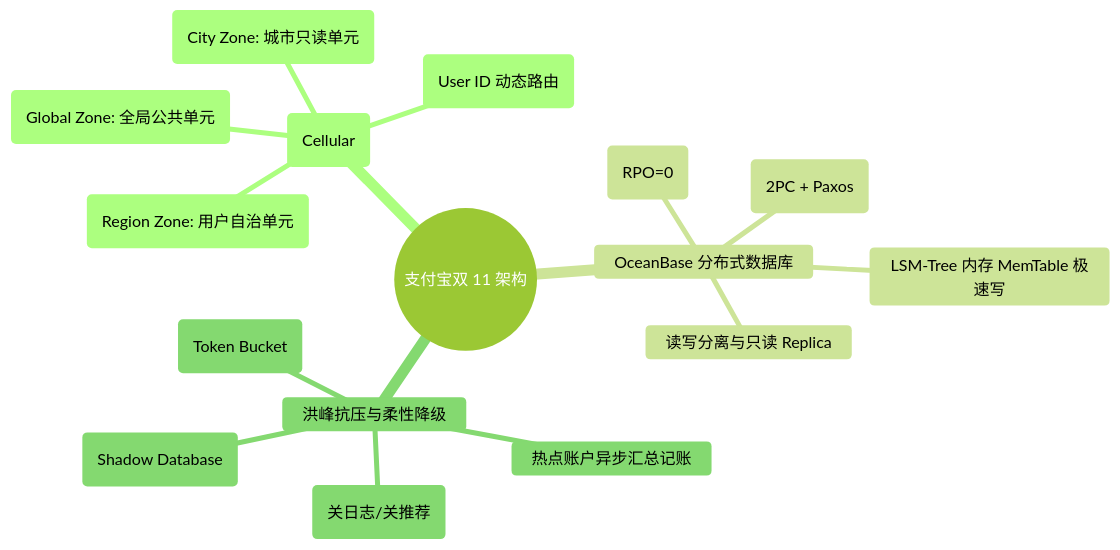
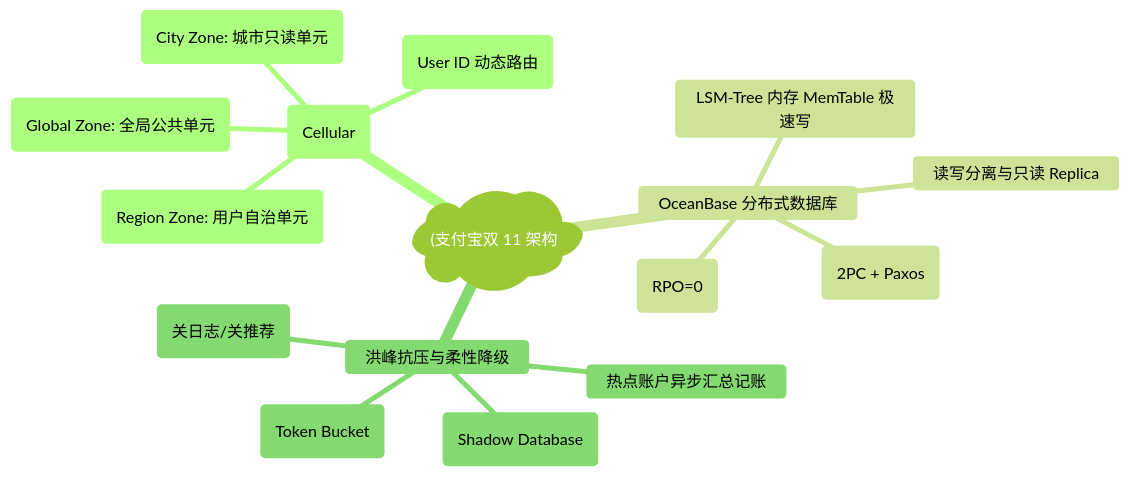
One commit to koosai/AI-Architect-Learning changed the second of 6 diagrams in docs/atlas/alipay.mdx. Above: the diagram before and after it, drawn with Mermaid (forest theme). The commit also changed other lines of this file and 187 other files, not shown here.

Commit message:
fix(mermaid): fix all unquoted parens and edge label syntax errors across all docs

````diff
--- a/docs/atlas/alipay.mdx
+++ b/docs/atlas/alipay.mdx
@@ -94,19 +94,19 @@
 ```mermaid
 mindmap
-  root((支付宝双 11 架构))
+  root("(支付宝双 11 架构"))
     LDC 单元化架构 (Cellular)
       RZone (Region Zone: 用户自治单元)
       GZone (Global Zone: 全局公共单元)
       CZone (City Zone: 城市只读单元)
       LDC Zone Router (User ID 动态路由)
     OceanBase 分布式数据库
       Paxos 强一致复制协议 (RPO=0)
       LSM-Tree 内存 MemTable 极速写
       分布式两阶段提交 (2PC + Paxos)
       读写分离与只读 Replica
     洪峰抗压与柔性降级
       多级令牌桶限流 (Token Bucket)
       热点账户异步汇总记账
       非核心服务柔性降级 (关日志/关推荐)
       全链路压测 (Shadow Database)
 ```
````
